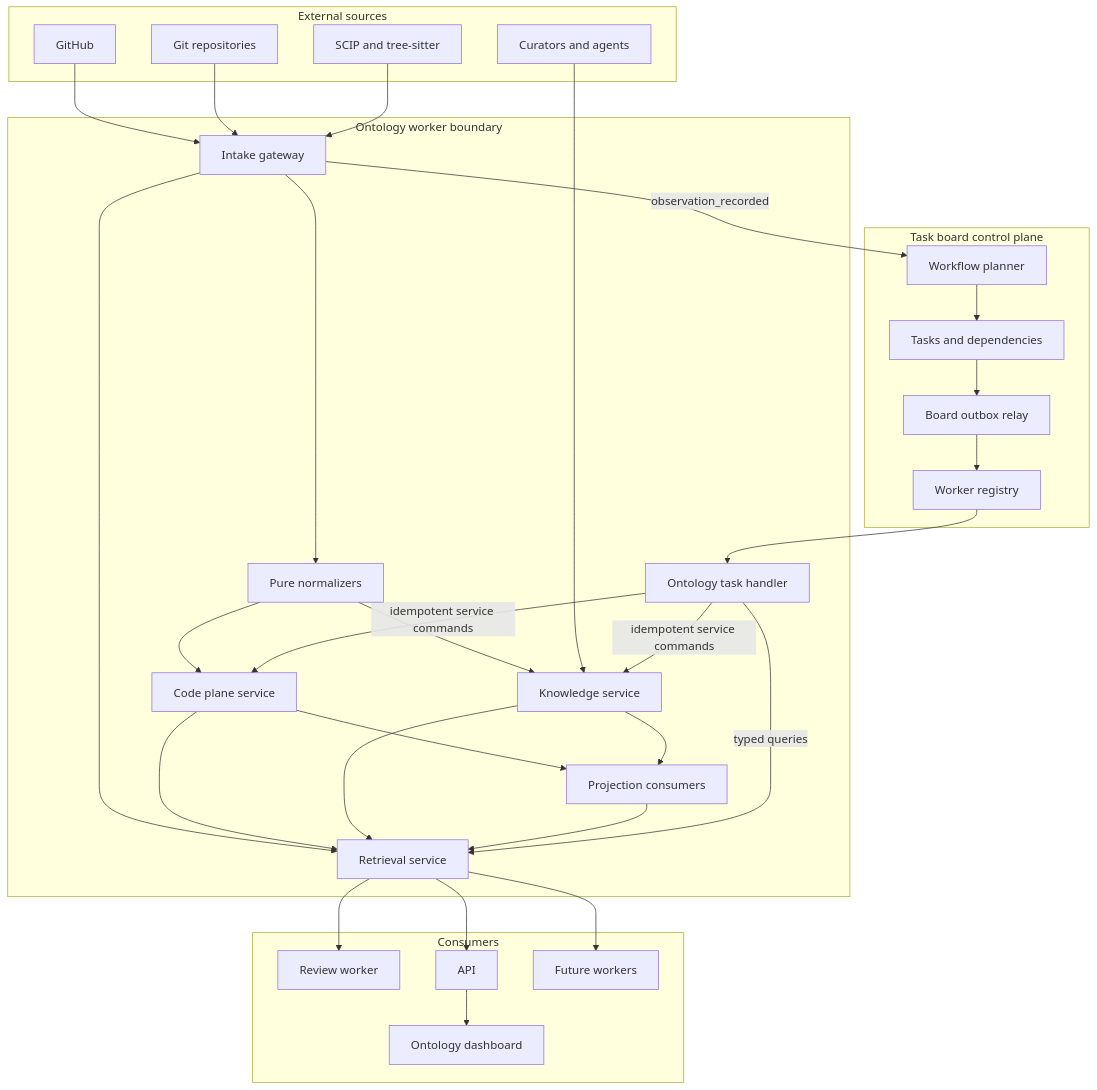
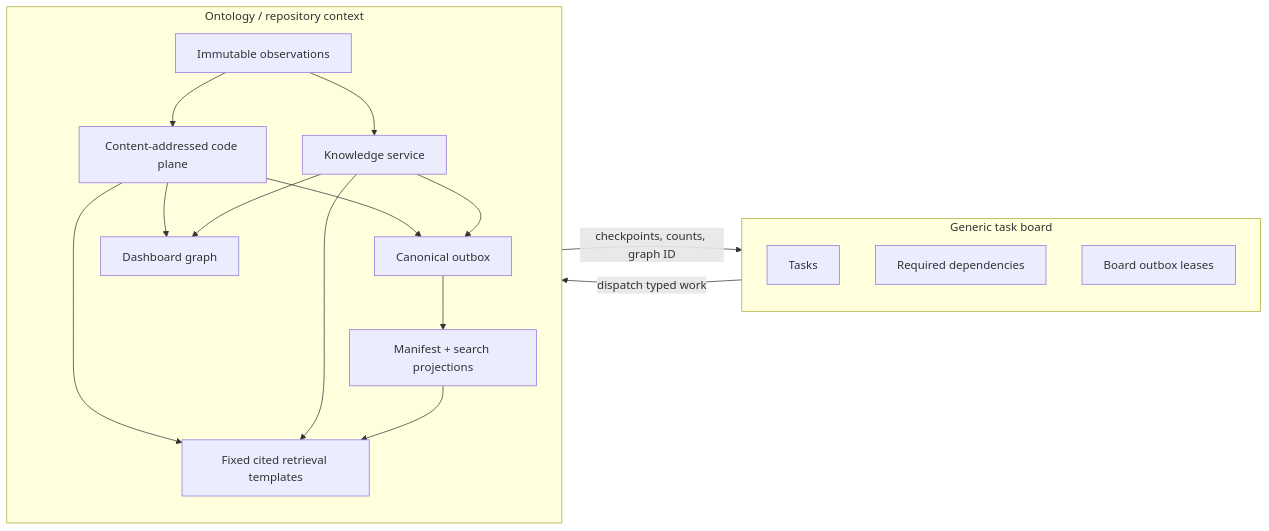
Before and after one commit to keon/jina-context-wiki-e2e-20260808: the diagram in docs/ONTOLOGY.md, drawn with Mermaid. The commit also changed other lines of this file and 29 other files, not shown here.

Commit message:
Implement Repository Context v5.1 end to end

````diff
--- a/docs/ONTOLOGY.md
+++ b/docs/ONTOLOGY.md
@@ -43,58 +19,29 @@
 ```mermaid
-flowchart TB
-    subgraph Sources[External sources]
-        GitHub[GitHub]
-        Git[Git repositories]
-        Parsers[SCIP and tree-sitter]
-        Humans[Curators and agents]
+flowchart LR
+    subgraph Board[Generic task board]
+      T[Tasks]
+      D[Required dependencies]
+      B[Board outbox leases]
     end
-
-    subgraph Board[Task board control plane]
-        Planner[Workflow planner]
-        Tasks[Tasks and dependencies]
-        Relay[Board outbox relay]
-        WorkerRegistry[Worker registry]
-        Planner --> Tasks --> Relay --> WorkerRegistry
+    subgraph Context[Ontology / repository context]
+      I[Immutable observations]
+      C[Content-addressed code plane]
+      K[Knowledge service]
+      O[Canonical outbox]
+      P[Manifest + search projections]
+      R[Fixed cited retrieval templates]
+      G[Dashboard graph]
+      I --> C
+      I --> K
+      C --> O
+      K --> O
+      O --> P
+      C --> R
+      K --> R
+      P --> R
+      C --> G
+      K --> G
     end
-
-    subgraph Ontology[Ontology worker boundary]
-        OW[Ontology task handler]
-        Intake[Intake gateway]
-        Normalize[Pure normalizers]
-        Code[Code plane service]
-        Knowledge[Knowledge service]
-        Project[Projection consumers]
-        Retrieve[Retrieval service]
-
-        Intake --> Normalize
-        Normalize --> Code
-        Normalize --> Knowledge
-        Code --> Project
-        Knowledge --> Project
-        Intake --> Retrieve
-        Code --> Retrieve
-        Knowledge --> Retrieve
-        Project --> Retrieve
-    end
-
-    subgraph Consumers[Consumers]
-        Review[Review worker]
-        API[API]
-        UI[Ontology dashboard]
-        Future[Future workers]
-    end
-
-    GitHub --> Intake
-    Git --> Intake
-    Parsers --> Intake
-    Humans --> Knowledge
-    Intake -->|observation_recorded| Planner
-    WorkerRegistry --> OW
-    OW -->|idempotent service commands| Code
-    OW -->|idempotent service commands| Knowledge
-    OW -->|typed queries| Retrieve
-    Retrieve --> Review
-    Retrieve --> API
-    API --> UI
-    Retrieve --> Future
+    Board -->|dispatch typed work| Context
+    Context -->|checkpoints, counts, graph ID| Board
 ```
````
